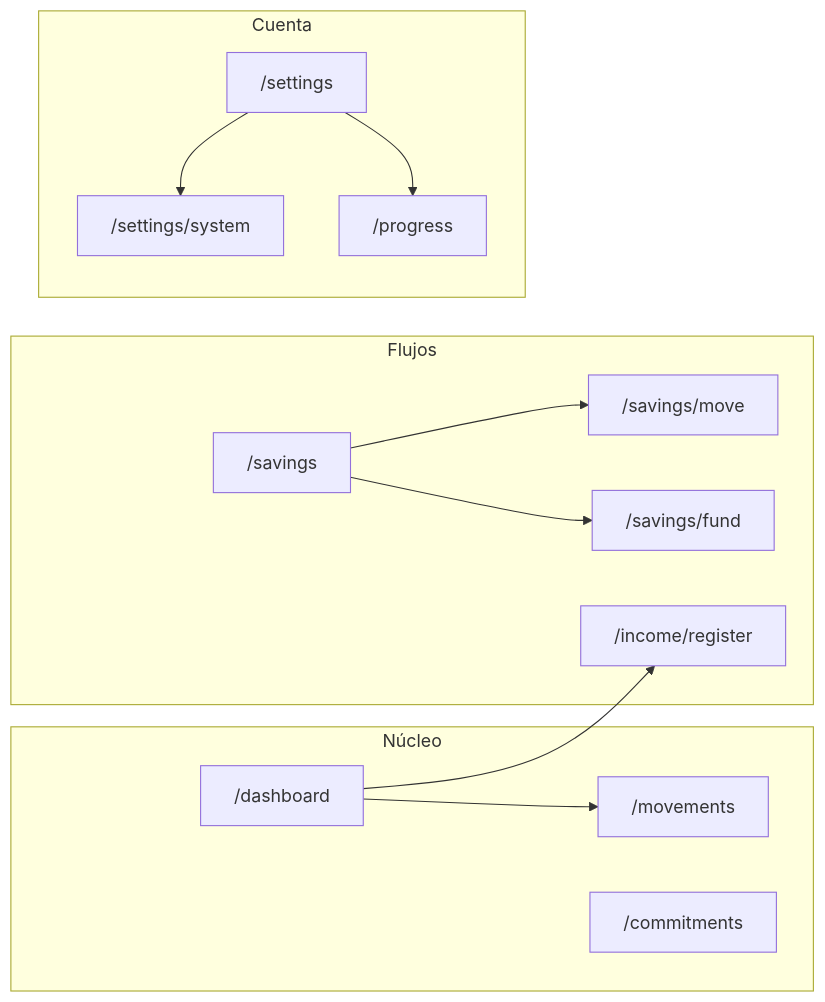
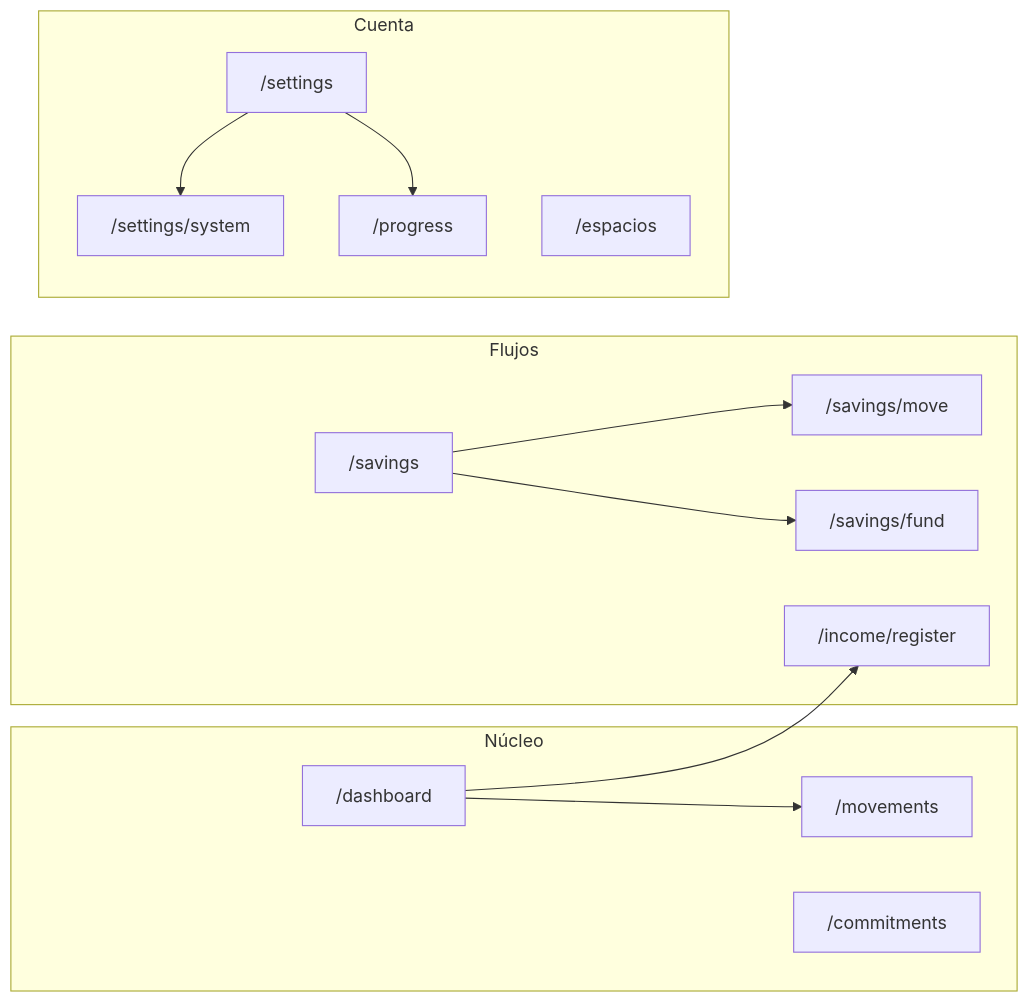
The diagram in docs/QUIPU-MASTER.md (Renedz21/app-quipu), drawn with Mermaid before and after one commit. The commit also changed other lines of this file and 194 other files, not shown here.

````diff
--- a/docs/QUIPU-MASTER.md
+++ b/docs/QUIPU-MASTER.md
@@ -1118,25 +1185,26 @@
 ```mermaid
 flowchart LR
   subgraph core [Núcleo]
     D["/dashboard"]
     M["/movements"]
     C["/commitments"]
   end
   subgraph flows [Flujos]
     I["/income/register"]
     S["/savings"]
     SF["/savings/fund"]
     SM["/savings/move"]
   end
   subgraph account [Cuenta]
     ST["/settings"]
     SYS["/settings/system"]
     P["/progress"]
+    E["/espacios"]
   end
   D --> M
   D --> I
   S --> SF
   S --> SM
   ST --> SYS
   ST --> P
 ```
````
